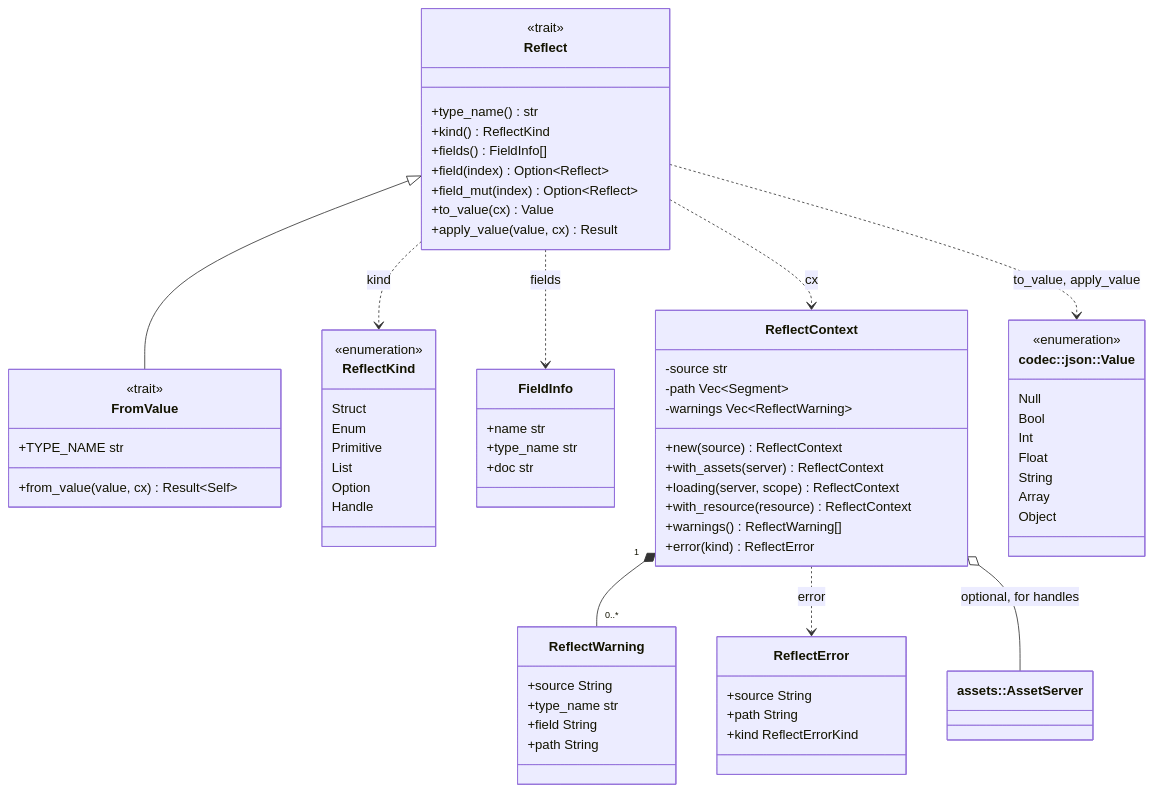
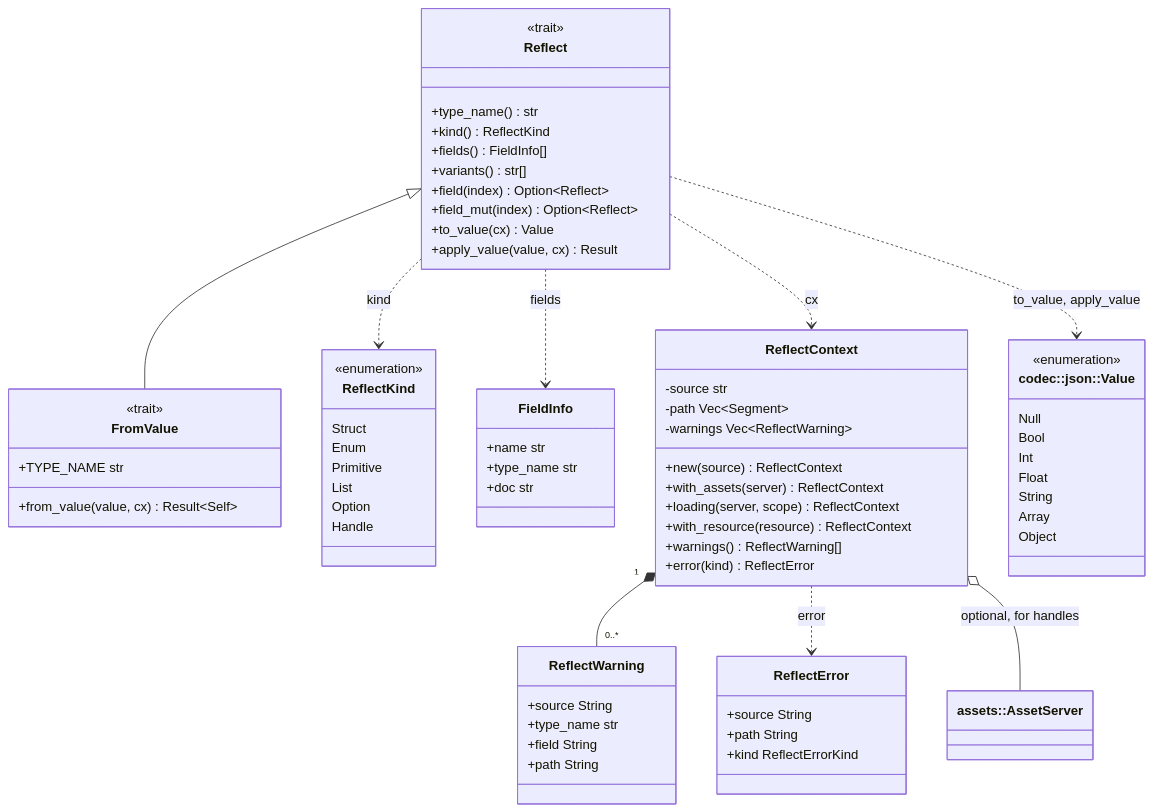
Before and after one commit to jabbott-iii/Nadir: the tenth of 37 diagrams in diagrams/class-diagram.md, drawn with Mermaid. The commit also changed other lines of this file and 38 other files, not shown here.

````diff
--- a/diagrams/class-diagram.md
+++ b/diagrams/class-diagram.md
@@ -786,74 +794,75 @@
 ```mermaid
 classDiagram
     direction TB
     class Reflect {
         <<trait>>
         +type_name() str
         +kind() ReflectKind
         +fields() FieldInfo[]
+        +variants() str[]
         +field(index) Option~Reflect~
         +field_mut(index) Option~Reflect~
         +to_value(cx) Value
         +apply_value(value, cx) Result
     }
     class FromValue {
         <<trait>>
         +TYPE_NAME str
         +from_value(value, cx) Result~Self~
     }
     class ReflectKind {
         <<enumeration>>
         Struct
         Enum
         Primitive
         List
         Option
         Handle
     }
     class FieldInfo {
         +name str
         +type_name str
         +doc str
     }
     class ReflectContext {
         -source str
         -path Vec~Segment~
         -warnings Vec~ReflectWarning~
         +new(source) ReflectContext
         +with_assets(server) ReflectContext
         +loading(server, scope) ReflectContext
         +with_resource(resource) ReflectContext
         +warnings() ReflectWarning[]
         +error(kind) ReflectError
     }
     class ReflectError {
         +source String
         +path String
         +kind ReflectErrorKind
     }
     class ReflectWarning {
         +source String
         +type_name str
         +field String
         +path String
     }
     class Value["codec::json::Value"] {
         <<enumeration>>
         Null
         Bool
         Int
         Float
         String
         Array
         Object
     }
     class AssetServer["assets::AssetServer"]
     Reflect <|-- FromValue
     Reflect ..> ReflectKind : kind
     Reflect ..> FieldInfo : fields
     Reflect ..> Value : to_value, apply_value
     Reflect ..> ReflectContext : cx
     ReflectContext "1" *-- "0..*" ReflectWarning
     ReflectContext ..> ReflectError : error
     ReflectContext o-- AssetServer : optional, for handles
 ```
````
